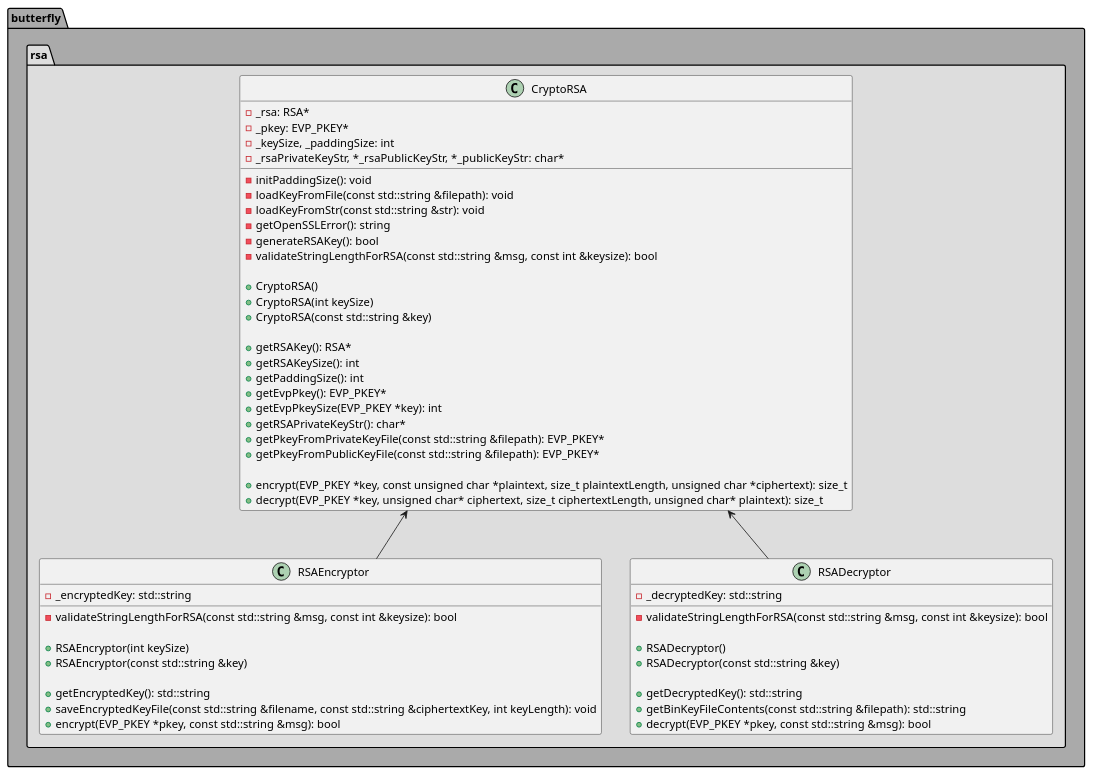
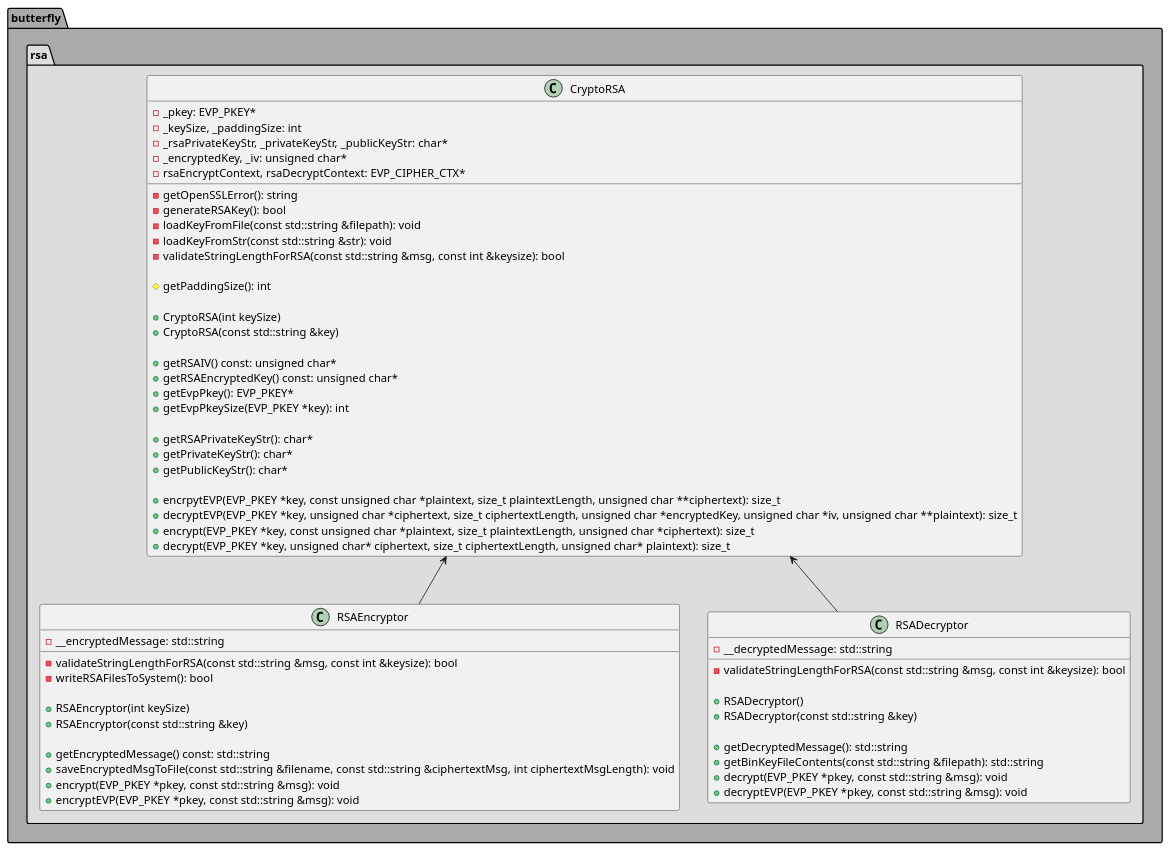
Before and after one commit to bierschi/butterfly: the diagram in architecture/class_diagrams/crypto/rsa.puml, drawn with PlantUML. The commit also changed 9 other files, not shown here.

```diff
--- a/architecture/class_diagrams/crypto/rsa.puml
+++ b/architecture/class_diagrams/crypto/rsa.puml
@@ -1,78 +1,79 @@
 @startuml
 'https://plantuml.com/sequence-diagram
 package butterfly #AAAAAA
 {
 
 package rsa #DDDDDD
 {
 
 class CryptoRSA
 {
-    -_rsa: RSA*
     -_pkey: EVP_PKEY*
     -_keySize, _paddingSize: int
-    -_rsaPrivateKeyStr, *_rsaPublicKeyStr, *_publicKeyStr: char*
+    -_rsaPrivateKeyStr, _privateKeyStr, _publicKeyStr: char*
+    -_encryptedKey, _iv: unsigned char*
+    - rsaEncryptContext, rsaDecryptContext: EVP_CIPHER_CTX*
 
-    -initPaddingSize(): void
+    -getOpenSSLError(): string
+    -generateRSAKey(): bool
     -loadKeyFromFile(const std::string &filepath): void
     -loadKeyFromStr(const std::string &str): void
-    -getOpenSSLError(): string
-    -generateRSAKey(): bool
     -validateStringLengthForRSA(const std::string &msg, const int &keysize): bool
 
-    +CryptoRSA()
+    #getPaddingSize(): int
+
     +CryptoRSA(int keySize)
     +CryptoRSA(const std::string &key)
 
-    +getRSAKey(): RSA*
-    +getRSAKeySize(): int
-    +getPaddingSize(): int
+    +getRSAIV() const: unsigned char*
+    +getRSAEncryptedKey() const: unsigned char*
     +getEvpPkey(): EVP_PKEY*
     +getEvpPkeySize(EVP_PKEY *key): int
+
     +getRSAPrivateKeyStr(): char*
-    '+getRSAPublicKeyStr(): char*
-    '+getPublicKeyStr(): char*
-    '+createRSAPrivateKeyFile(const std::string &filename):bool
-    '+createRSAPublicKeyFile(const std::string &filename): bool
-    '+createPublicKeyFile(const std::string &filename): bool
-    +getPkeyFromPrivateKeyFile(const std::string &filepath): EVP_PKEY*
-    +getPkeyFromPublicKeyFile(const std::string &filepath): EVP_PKEY*
+    +getPrivateKeyStr(): char*
+    +getPublicKeyStr(): char*
 
+    +encrpytEVP(EVP_PKEY *key, const unsigned char *plaintext, size_t plaintextLength, unsigned char **ciphertext): size_t
+    +decryptEVP(EVP_PKEY *key, unsigned char *ciphertext, size_t ciphertextLength, unsigned char *encryptedKey, unsigned char *iv, unsigned char **plaintext): size_t
     +encrypt(EVP_PKEY *key, const unsigned char *plaintext, size_t plaintextLength, unsigned char *ciphertext): size_t
     +decrypt(EVP_PKEY *key, unsigned char* ciphertext, size_t ciphertextLength, unsigned char* plaintext): size_t
 }
 
 class RSAEncryptor
 {
-    -_encryptedKey: std::string
+    -__encryptedMessage: std::string
 
     -validateStringLengthForRSA(const std::string &msg, const int &keysize): bool
+    -writeRSAFilesToSystem(): bool
 
     +RSAEncryptor(int keySize)
     +RSAEncryptor(const std::string &key)
 
-    +getEncryptedKey(): std::string
-    +saveEncryptedKeyFile(const std::string &filename, const std::string &ciphertextKey, int keyLength): void
-    +encrypt(EVP_PKEY *pkey, const std::string &msg): bool
+    +getEncryptedMessage() const: std::string
+    +saveEncryptedMsgToFile(const std::string &filename, const std::string &ciphertextMsg, int ciphertextMsgLength): void
+    +encrypt(EVP_PKEY *pkey, const std::string &msg): void
+    +encryptEVP(EVP_PKEY *pkey, const std::string &msg): void
 }
 
 class RSADecryptor
 {
-    -_decryptedKey: std::string
+    -__decryptedMessage: std::string
     -validateStringLengthForRSA(const std::string &msg, const int &keysize): bool
 
     +RSADecryptor()
     +RSADecryptor(const std::string &key)
 
-    +getDecryptedKey(): std::string
+    +getDecryptedMessage(): std::string
     +getBinKeyFileContents(const std::string &filepath): std::string
-    +decrypt(EVP_PKEY *pkey, const std::string &msg): bool
+    +decrypt(EVP_PKEY *pkey, const std::string &msg): void
+    +decryptEVP(EVP_PKEY *pkey, const std::string &msg): void
 }
 
 CryptoRSA <-- RSAEncryptor
 CryptoRSA <-- RSADecryptor
 
 }
 
 }
 @enduml
```
